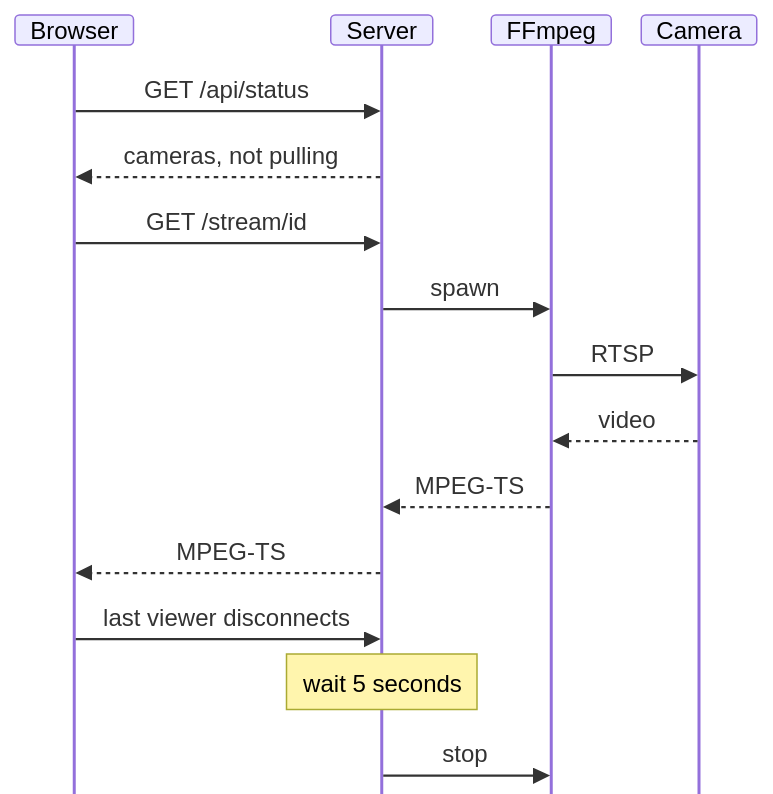
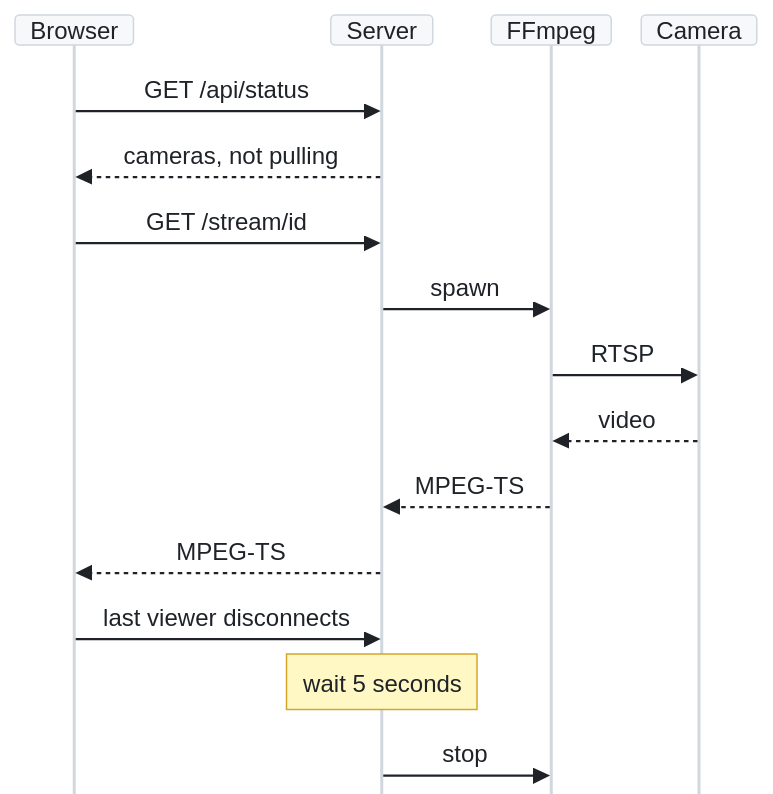
One commit to SparkTheCreater/camera-wall changed the first of 2 diagrams in README.md. Above: the diagram before and after it, drawn with Mermaid. The commit also changed other lines of this file and 1 other file, not shown here.

First line of the commit message:
把 README 的流程图改成 GitHub 的界面配色。

````diff
--- a/README.md
+++ b/README.md
@@ -88,19 +88,19 @@
 ```mermaid
-%%{init: {'themeVariables': {'fontSize': '12px'}, 'sequence': {'useMaxWidth': false, 'mirrorActors': false, 'actorMargin': 20, 'width': 64, 'height': 20, 'messageMargin': 12, 'diagramMarginX': 4, 'diagramMarginY': 2, 'actorFontSize': 12, 'messageFontSize': 12, 'noteFontSize': 12}}}%%
+%%{init: {'theme': 'base', 'themeVariables': {'fontSize': '12px', 'fontFamily': '-apple-system, BlinkMacSystemFont, Segoe UI, Helvetica, Arial, sans-serif', 'background': '#ffffff', 'primaryColor': '#f6f8fa', 'primaryTextColor': '#1f2328', 'primaryBorderColor': '#d0d7de', 'lineColor': '#59636e', 'textColor': '#1f2328', 'actorBkg': '#f6f8fa', 'actorBorder': '#d0d7de', 'actorTextColor': '#1f2328', 'actorLineColor': '#d0d7de', 'signalColor': '#1f2328', 'signalTextColor': '#1f2328', 'noteBkgColor': '#fff8c5', 'noteBorderColor': '#d4a72c', 'noteTextColor': '#1f2328', 'labelBoxBkgColor': '#ddf4ff', 'labelBoxBorderColor': '#54aeff', 'labelTextColor': '#1f2328'}, 'sequence': {'useMaxWidth': false, 'mirrorActors': false, 'actorMargin': 20, 'width': 64, 'height': 20, 'messageMargin': 12, 'diagramMarginX': 4, 'diagramMarginY': 2, 'actorFontSize': 12, 'messageFontSize': 12, 'noteFontSize': 12}}}%%
 sequenceDiagram
   participant Browser
   participant Server
   participant FFmpeg
   participant Camera
   Browser->>Server: GET /api/status
   Server-->>Browser: cameras, not pulling
   Browser->>Server: GET /stream/id
   Server->>FFmpeg: spawn
   FFmpeg->>Camera: RTSP
   Camera-->>FFmpeg: video
   FFmpeg-->>Server: MPEG-TS
   Server-->>Browser: MPEG-TS
   Browser->>Server: last viewer disconnects
   Note over Server: wait 5 seconds
   Server->>FFmpeg: stop
 ```
````
